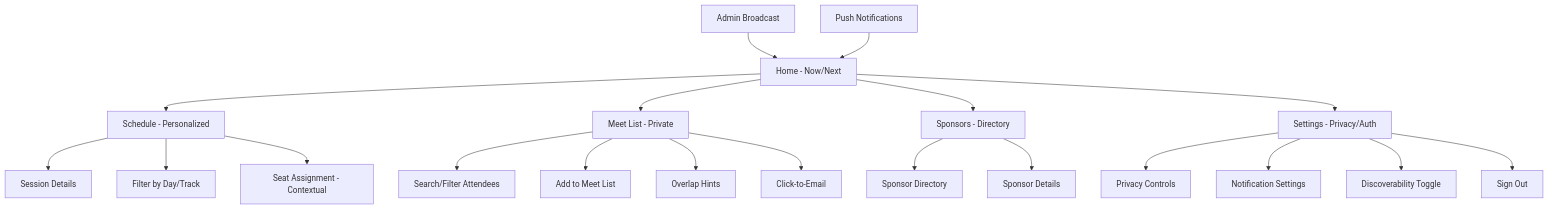
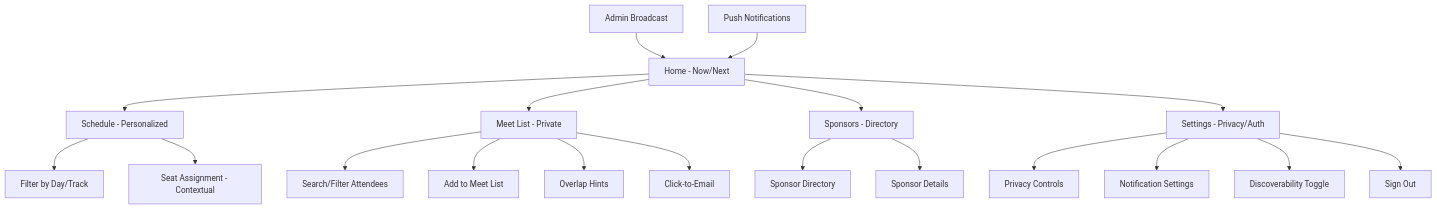
Before and after one commit to niozzo/KN-React-App: the first of 6 diagrams in docs/front-end-spec.md, drawn with Mermaid. The commit also changed other lines of this file and 6 other files, not shown here.

````diff
--- a/docs/front-end-spec.md
+++ b/docs/front-end-spec.md
@@ -49,27 +49,26 @@
 ```mermaid
 graph TD
     A[Home - Now/Next] --> B[Schedule - Personalized]
     A --> C[Meet List - Private]
     A --> D[Sponsors - Directory]
     A --> E[Settings - Privacy/Auth]
     
-    B --> B1[Session Details]
-    B --> B2[Filter by Day/Track]
-    B --> B3[Seat Assignment - Contextual]
+    B --> B1[Filter by Day/Track]
+    B --> B2[Seat Assignment - Contextual]
     
     C --> C1[Search/Filter Attendees]
     C --> C2[Add to Meet List]
     C --> C3[Overlap Hints]
     C --> C4[Click-to-Email]
     
     D --> D1[Sponsor Directory]
     D --> D2[Sponsor Details]
     
     E --> E1[Privacy Controls]
     E --> E2[Notification Settings]
     E --> E3[Discoverability Toggle]
     E --> E4[Sign Out]
     
     F[Admin Broadcast] --> A
     G[Push Notifications] --> A
 ```
````
